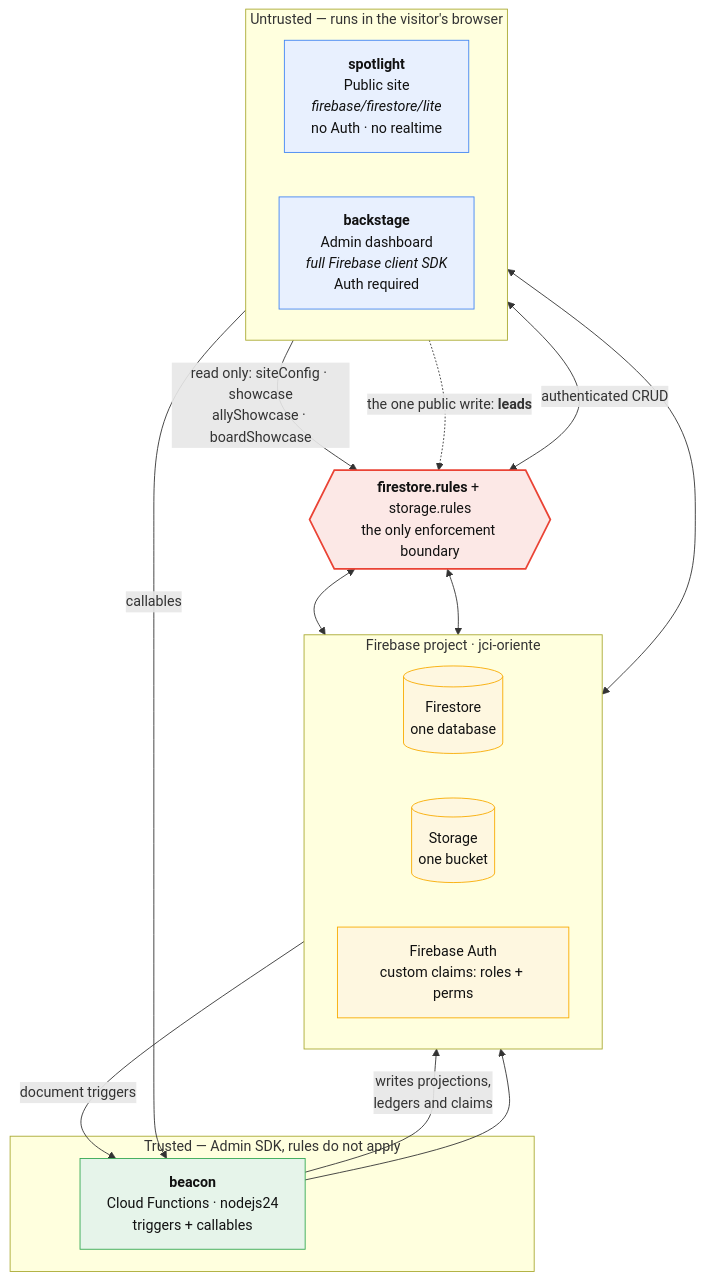
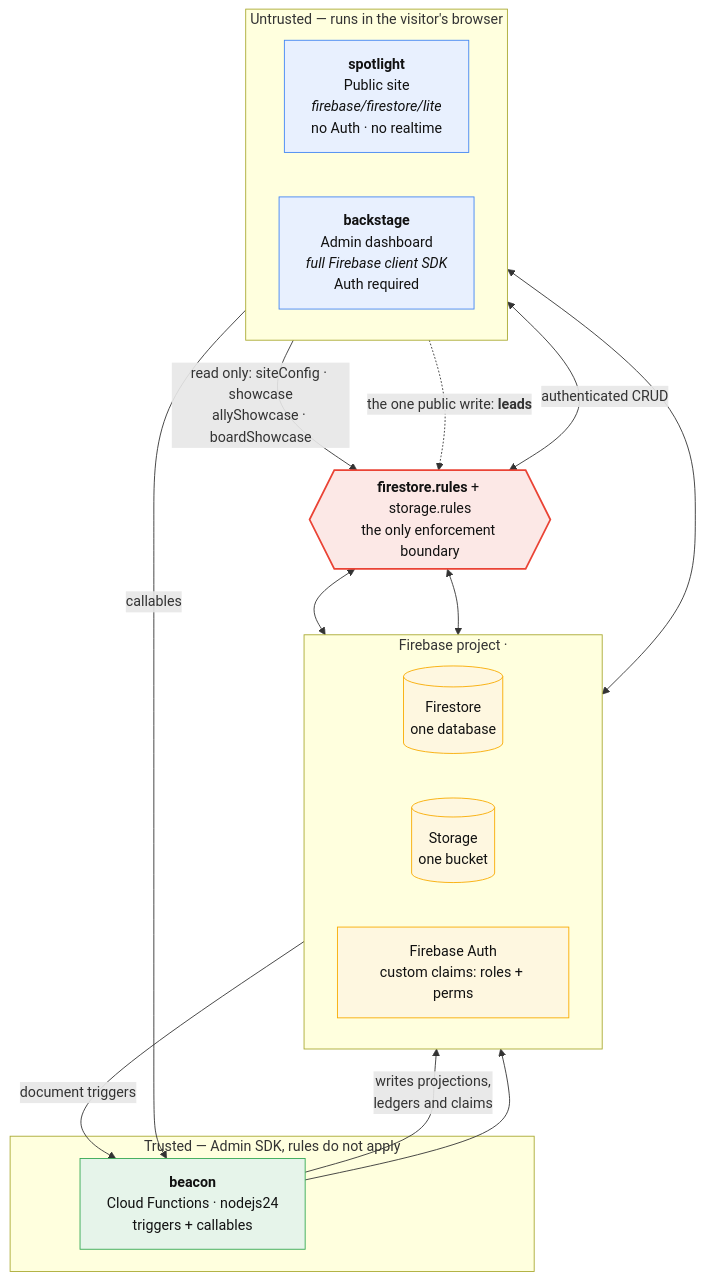
One commit to JCIOriente/luminova changed the first of 5 diagrams in docs/architecture.md. Above: the diagram before and after it, drawn with Mermaid. The commit also changed other lines of this file and 5 other files, not shown here.

````diff
--- a/docs/architecture.md
+++ b/docs/architecture.md
@@ -5,49 +5,49 @@
 ```mermaid
-%% Luminova / JCI Oriente — container diagram
+%% Luminova — container diagram
 %% The split is the trust boundary: everything above the rules membrane runs in a
 %% browser the chapter does not control. Everything below runs with the Admin SDK
 %% and bypasses rules entirely.
 %% Source of truth: docs/architecture.md
 
 flowchart TB
     subgraph untrusted["Untrusted — runs in the visitor's browser"]
         direction LR
         spotlight["<b>spotlight</b><br/>Public site<br/><i>firebase/firestore/lite</i><br/>no Auth · no realtime"]
         backstage["<b>backstage</b><br/>Admin dashboard<br/><i>full Firebase client SDK</i><br/>Auth required"]
     end
 
     rules{{"<b>firestore.rules</b> + storage.rules<br/>the only enforcement boundary"}}
 
-    subgraph data["Firebase project · jci-oriente"]
+    subgraph data["Firebase project · <project id>"]
         direction LR
         firestore[("Firestore<br/>one database")]
         storage[("Storage<br/>one bucket")]
         fbauth["Firebase Auth<br/>custom claims: roles + perms"]
     end
 
     subgraph trusted["Trusted — Admin SDK, rules do not apply"]
         beacon["<b>beacon</b><br/>Cloud Functions · nodejs24<br/>triggers + callables"]
     end
 
     spotlight -->|"read only: siteConfig · showcase<br/>allyShowcase · boardShowcase"| rules
     spotlight -.->|"the one public write: <b>leads</b>"| rules
     backstage <-->|"authenticated CRUD"| rules
 
     rules <--> firestore
     rules <--> storage
     backstage <--> fbauth
 
     firestore -->|"document triggers"| beacon
     backstage -->|"callables"| beacon
     beacon -->|"writes projections,<br/>ledgers and claims"| firestore
     beacon --> fbauth
 
     classDef client fill:#e8f0fe,stroke:#4285f4,stroke-width:1px,color:#111
     classDef server fill:#e6f4ea,stroke:#34a853,stroke-width:1px,color:#111
     classDef store fill:#fef7e0,stroke:#f9ab00,stroke-width:1px,color:#111
     classDef boundary fill:#fce8e6,stroke:#ea4335,stroke-width:2px,color:#111
     class spotlight,backstage client
     class beacon server
     class firestore,storage,fbauth store
     class rules boundary
 ```
````
